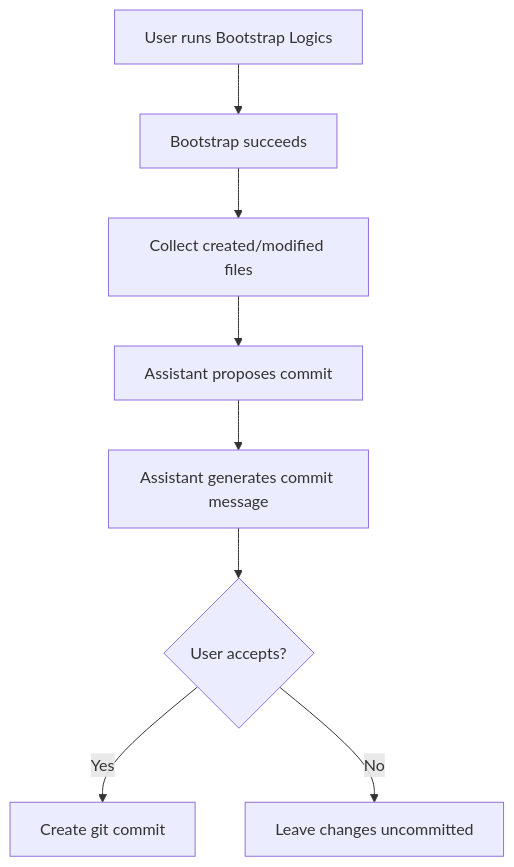
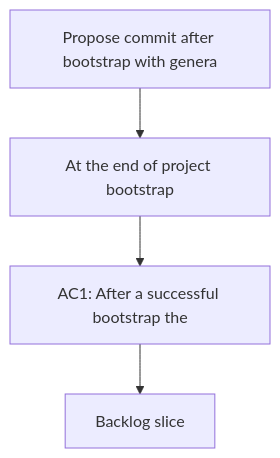
One commit to AlexAgo83/logics-manager changed the diagram in logics/request/req_021_propose_commit_after_bootstrap_with_generated_message.md. Above: the diagram before and after it, drawn with Mermaid. The commit also changed other lines of this file and 481 other files, not shown here.

````diff
--- a/logics/request/req_021_propose_commit_after_bootstrap_with_generated_message.md
+++ b/logics/request/req_021_propose_commit_after_bootstrap_with_generated_message.md
@@ -36,11 +36,8 @@
 ```mermaid
+%% logics-kind: request
 %% logics-signature: request|propose-commit-after-bootstrap-with-gene|at-the-end-of-project-bootstrap|ac1-after-a-successful-bootstrap-the
 flowchart TD
-    Start[User runs Bootstrap Logics] --> Bootstrap[Bootstrap succeeds]
-    Bootstrap --> Detect[Collect created/modified files]
-    Detect --> Suggest[Assistant proposes commit]
-    Suggest --> Message[Assistant generates commit message]
-    Message --> Decision{User accepts?}
-    Decision -->|Yes| Commit[Create git commit]
-    Decision -->|No| Skip[Leave changes uncommitted]
+    Trigger[Propose commit after bootstrap with genera] --> Need[At the end of project bootstrap]
+    Need --> Outcome[AC1: After a successful bootstrap the]
+    Outcome --> Backlog[Backlog slice]
 ```
````
